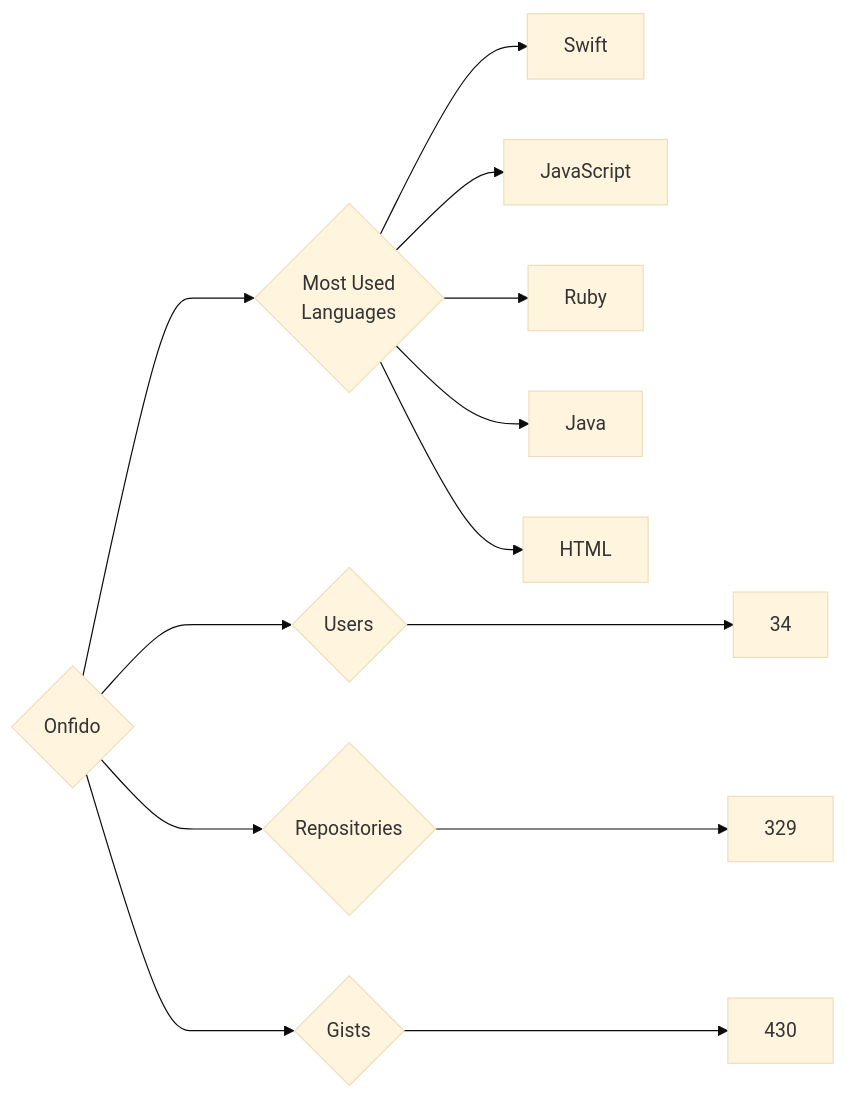
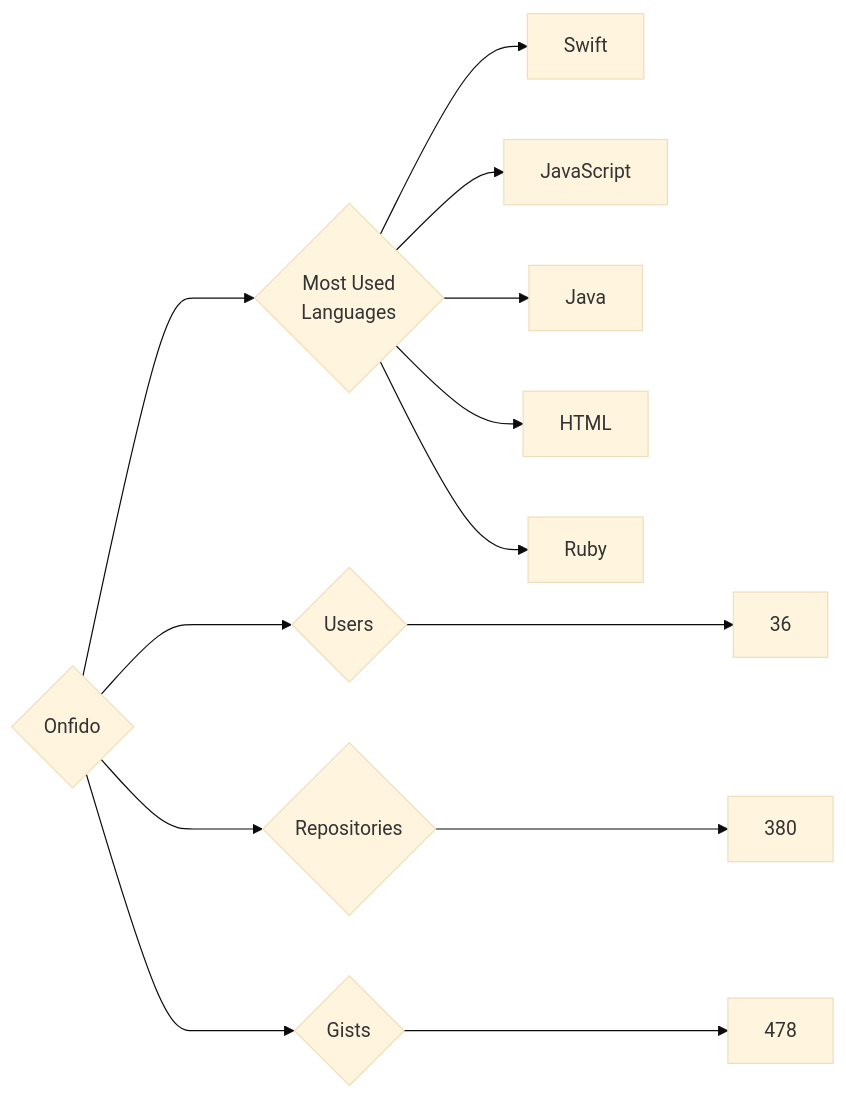
The diagram in targets/Onfido/README.md (trickest/insiders), drawn with Mermaid (base theme) before and after one commit. The commit also changed 829 other files, not shown here.

````diff
--- a/targets/Onfido/README.md
+++ b/targets/Onfido/README.md
@@ -3,13 +3,13 @@
 ```mermaid
 graph LR
 COMPANY_NAME{Onfido}
-COMPANY_NAME ---> U{Users} ---> UN[34]
-COMPANY_NAME ---> R{Repositories} ---> RN[329]
-COMPANY_NAME ---> G{Gists} ---> GN[430]
+COMPANY_NAME ---> U{Users} ---> UN[36]
+COMPANY_NAME ---> R{Repositories} ---> RN[380]
+COMPANY_NAME ---> G{Gists} ---> GN[478]
 COMPANY_NAME ---> ML{Most Used<br>Languages}
 ML --> Swift[Swift]
 ML --> JavaScript[JavaScript]
-ML --> Ruby[Ruby]
 ML --> Java[Java]
 ML --> HTML[HTML]
+ML --> Ruby[Ruby]
 ```
````
